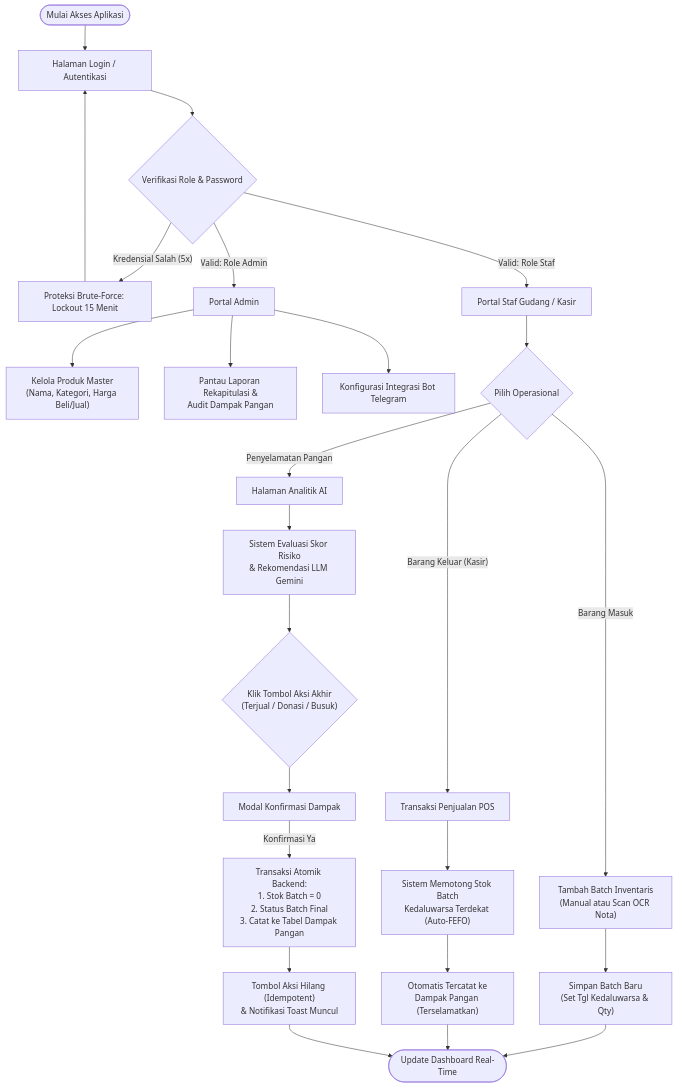
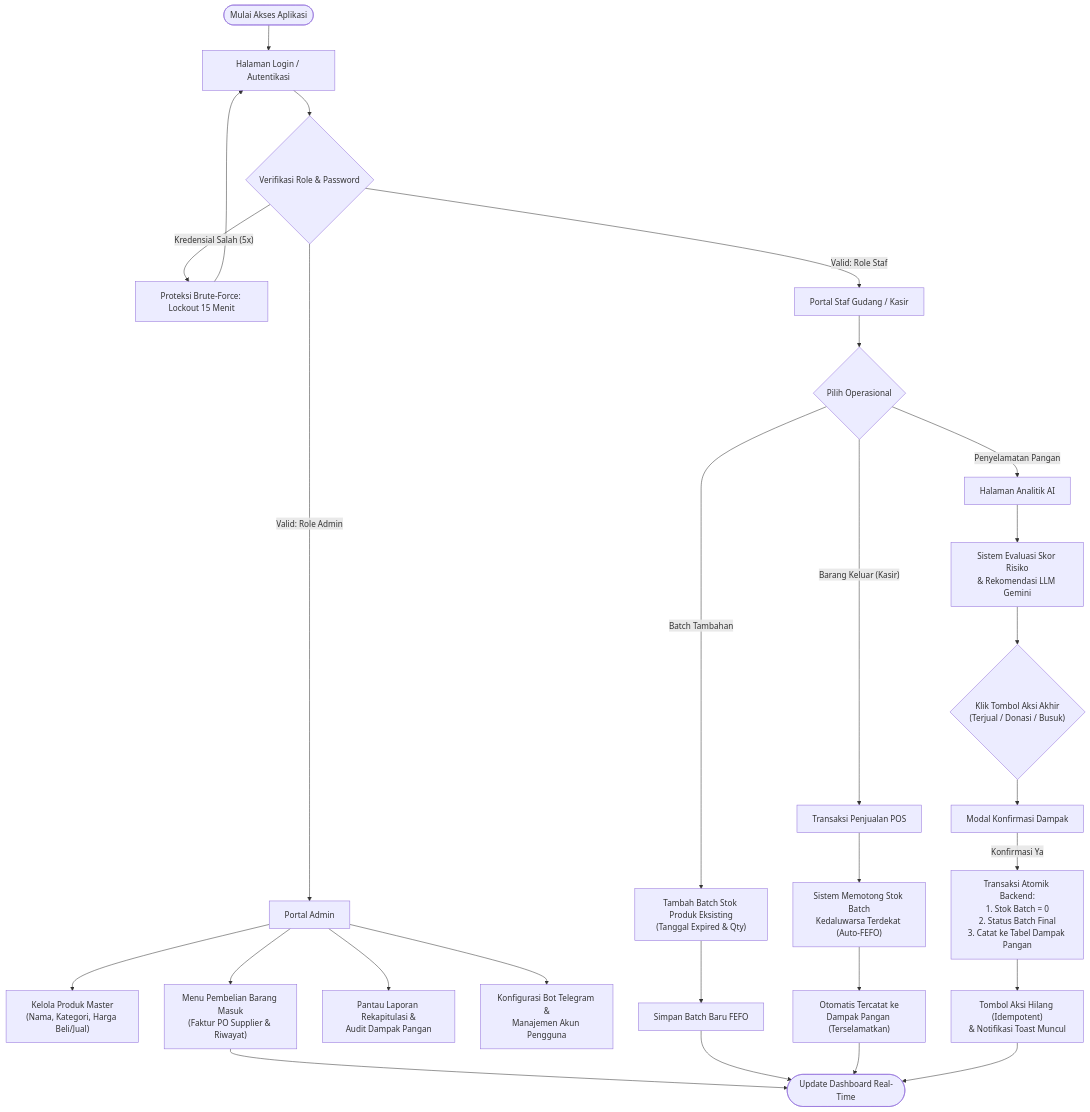
Before and after one commit to razifakhruddin9/freshlog-system: the first of 6 diagrams in docs/Cetak_Biru_Sistem_FreshLog.md, drawn with Mermaid. The commit also changed other lines of this file and 2 other files, not shown here.

Commit message:
docs: sesuaikan diagram alur User Flow dengan hak akses role Admin vs Staf

````diff
--- a/docs/Cetak_Biru_Sistem_FreshLog.md
+++ b/docs/Cetak_Biru_Sistem_FreshLog.md
@@ -13,37 +13,39 @@
 ```mermaid
 flowchart TD
     Start(["Mulai Akses Aplikasi"]) --> Login["Halaman Login / Autentikasi"]
     Login --> AuthCheck{"Verifikasi Role & Password"}
     
     AuthCheck -- "Kredensial Salah (5x)" --> Lockout["Proteksi Brute-Force: Lockout 15 Menit"]
     Lockout --> Login
     
     AuthCheck -- "Valid: Role Admin" --> AdminPortal["Portal Admin"]
     AuthCheck -- "Valid: Role Staf" --> StaffPortal["Portal Staf Gudang / Kasir"]
     
     %% Alur Admin
     AdminPortal --> MasterProduk["Kelola Produk Master<br/>(Nama, Kategori, Harga Beli/Jual)"]
+    AdminPortal --> BeliMasuk["Menu Pembelian Barang Masuk<br/>(Faktur PO Supplier & Riwayat)"]
     AdminPortal --> RekapLaporan["Pantau Laporan Rekapitulasi &<br/>Audit Dampak Pangan"]
-    AdminPortal --> SettingBot["Konfigurasi Integrasi Bot Telegram"]
+    AdminPortal --> SettingBot["Konfigurasi Bot Telegram &<br/>Manajemen Akun Pengguna"]
     
     %% Alur Staf
     StaffPortal --> PilihanFitur{"Pilih Operasional"}
-    
-    PilihanFitur -- "Barang Masuk" --> InputBatch["Tambah Batch Inventaris<br/>(Manual atau Scan OCR Nota)"]
-    InputBatch --> SimpanBatch["Simpan Batch Baru<br/>(Set Tgl Kedaluwarsa & Qty)"]
     
     PilihanFitur -- "Barang Keluar (Kasir)" --> TransaksiPOS["Transaksi Penjualan POS"]
     TransaksiPOS --> AutoFEFO["Sistem Memotong Stok Batch<br/>Kedaluwarsa Terdekat (Auto-FEFO)"]
     AutoFEFO --> SyncDampakJual["Otomatis Tercatat ke<br/>Dampak Pangan (Terselamatkan)"]
     
     PilihanFitur -- "Penyelamatan Pangan" --> AnalitikAI["Halaman Analitik AI"]
     AnalitikAI --> EvaluasiRisiko["Sistem Evaluasi Skor Risiko<br/>& Rekomendasi LLM Gemini"]
     EvaluasiRisiko --> PilihAksi{"Klik Tombol Aksi Akhir<br/>(Terjual / Donasi / Busuk)"}
     PilihAksi --> DialogKonfirm["Modal Konfirmasi Dampak"]
     DialogKonfirm -- "Konfirmasi Ya" --> AtomicAksi["Transaksi Atomik Backend:<br/>1. Stok Batch = 0<br/>2. Status Batch Final<br/>3. Catat ke Tabel Dampak Pangan"]
     AtomicAksi --> HilangTombol["Tombol Aksi Hilang (Idempotent)<br/>& Notifikasi Toast Muncul"]
+
+    PilihanFitur -- "Batch Tambahan" --> InputBatch["Tambah Batch Stok Produk Eksisting<br/>(Tanggal Expired & Qty)"]
+    InputBatch --> SimpanBatch["Simpan Batch Baru FEFO"]
     
-    SimpanBatch --> Selesai(["Update Dashboard Real-Time"])
+    BeliMasuk --> Selesai(["Update Dashboard Real-Time"])
+    SimpanBatch --> Selesai
     SyncDampakJual --> Selesai
     HilangTombol --> Selesai
 ```
````
